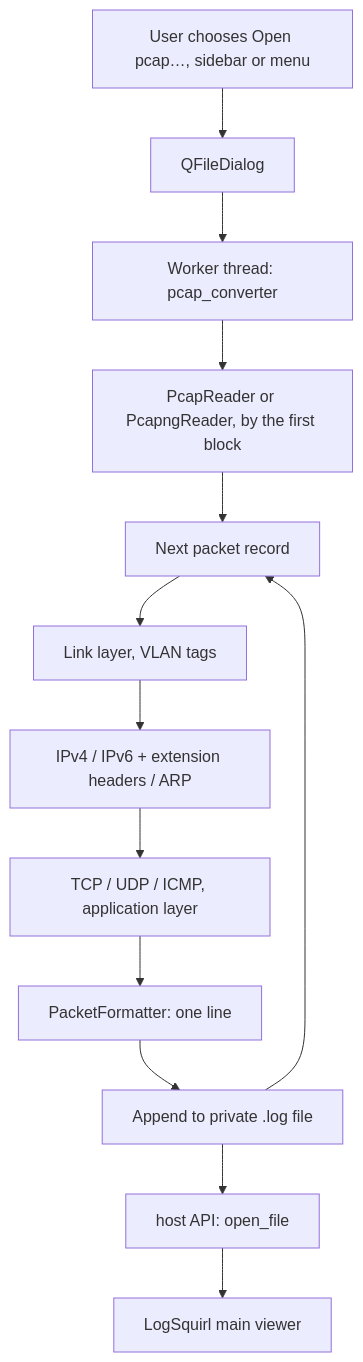
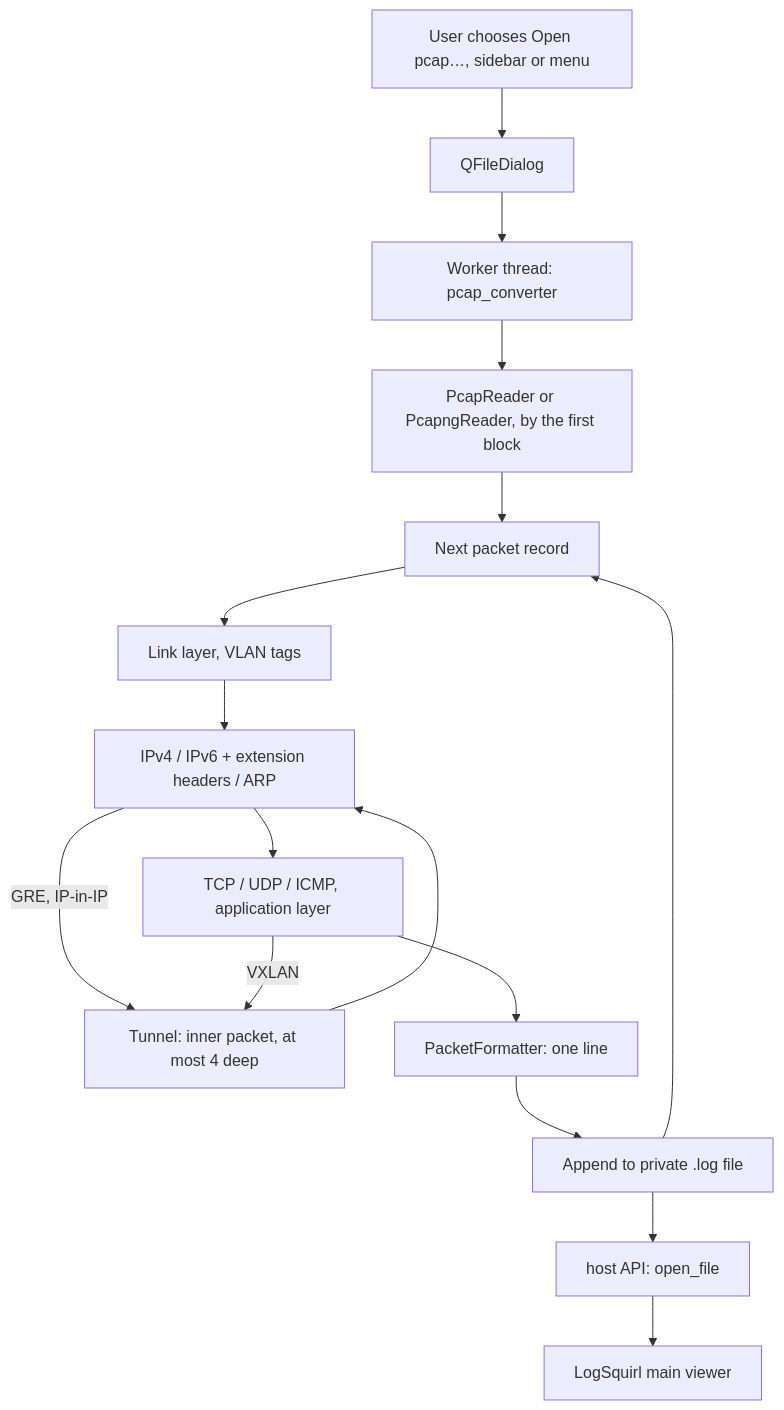
Before and after one commit to 64x-lunicorn/LogSquirl-tcpdump: the diagram in README.md, drawn with Mermaid. The commit also changed other lines of this file and 13 other files, not shown here.

````diff
--- a/README.md
+++ b/README.md
@@ -243,15 +243,18 @@
 ```mermaid
 graph TD
     A[User chooses Open pcap…, sidebar or menu] --> B[QFileDialog]
     B --> C[Worker thread: pcap_converter]
     C --> D[PcapReader or PcapngReader, by the first block]
     D --> E[Next packet record]
     E --> F[Link layer, VLAN tags]
     F --> G[IPv4 / IPv6 + extension headers / ARP]
     G --> H[TCP / UDP / ICMP, application layer]
+    G -->|GRE, IP-in-IP| T[Tunnel: inner packet, at most 4 deep]
+    H -->|VXLAN| T
+    T --> G
     H --> I[PacketFormatter: one line]
     I --> J[Append to private .log file]
     J --> E
     J --> K[host API: open_file]
     K --> L[LogSquirl main viewer]
 ```
````
